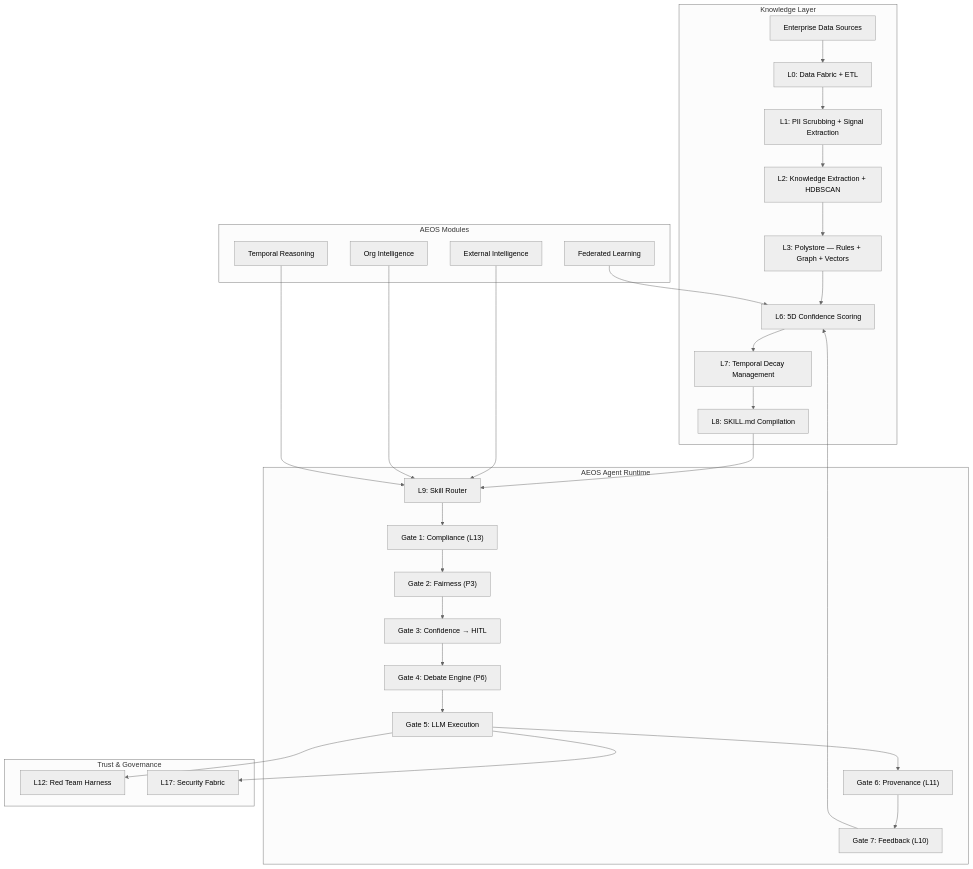
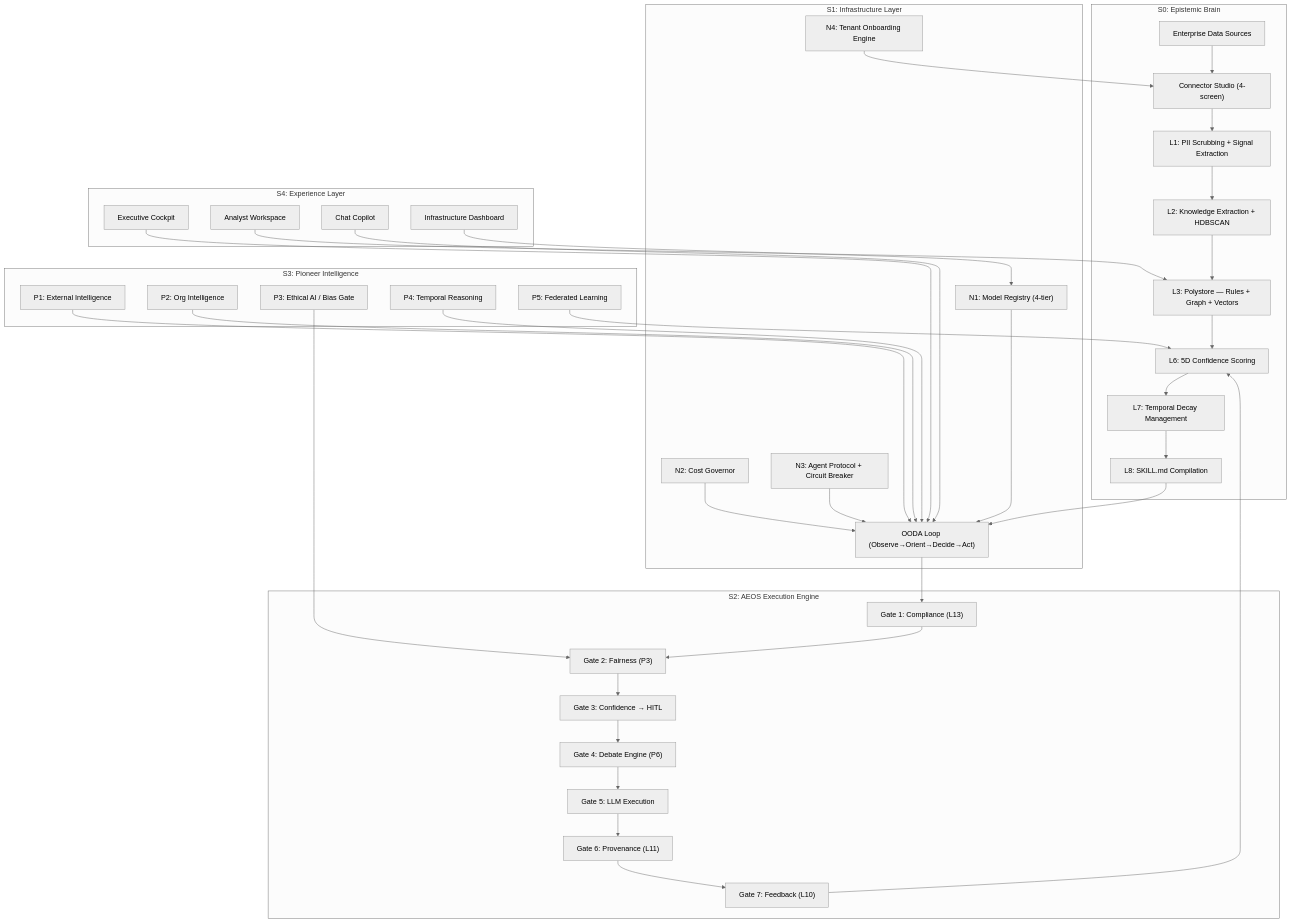
One commit to Daksh-Aneja/Knowtique changed the diagram in README.md. Above: the diagram before and after it, drawn with Mermaid (neutral theme). The commit also changed other lines of this file and 32 other files, not shown here.

````diff
--- a/README.md
+++ b/README.md
@@ -145,36 +147,46 @@
 ```mermaid
 graph TD
-    subgraph "Knowledge Layer"
-        A[Enterprise Data Sources] --> B[L0: Data Fabric + ETL]
+    subgraph "S0: Epistemic Brain"
+        A[Enterprise Data Sources] --> B["Connector Studio (4-screen)"]
         B --> C[L1: PII Scrubbing + Signal Extraction]
         C --> D[L2: Knowledge Extraction + HDBSCAN]
         D --> E[L3: Polystore — Rules + Graph + Vectors]
         E --> F[L6: 5D Confidence Scoring]
         F --> G[L7: Temporal Decay Management]
         G --> H[L8: SKILL.md Compilation]
     end
 
-    subgraph "AEOS Agent Runtime"
-        H --> I[L9: Skill Router]
+    subgraph "S1: Infrastructure Layer"
+        N1["N1: Model Registry (4-tier)"] --> I
+        N2["N2: Cost Governor"] --> I
+        N3["N3: Agent Protocol + Circuit Breaker"] --> I
+        N4["N4: Tenant Onboarding Engine"] --> B
+    end
+
+    subgraph "S2: AEOS Execution Engine"
+        H --> I["OODA Loop (Observe→Orient→Decide→Act)"]
         I --> J["Gate 1: Compliance (L13)"]
         J --> K["Gate 2: Fairness (P3)"]
         K --> L["Gate 3: Confidence → HITL"]
         L --> M["Gate 4: Debate Engine (P6)"]
         M --> N["Gate 5: LLM Execution"]
         N --> O["Gate 6: Provenance (L11)"]
         O --> P["Gate 7: Feedback (L10)"]
         P --> F
     end
 
-    subgraph "AEOS Modules"
-        Q[External Intelligence] --> I
-        R[Org Intelligence] --> I
-        S[Temporal Reasoning] --> I
-        T[Federated Learning] --> F
+    subgraph "S3: Pioneer Intelligence"
+        Q[P1: External Intelligence] --> I
+        R[P2: Org Intelligence] --> I
+        S[P3: Ethical AI / Bias Gate] --> K
+        T[P4: Temporal Reasoning] --> I
+        U[P5: Federated Learning] --> F
     end
 
-    subgraph "Trust & Governance"
-        N --> U[L12: Red Team Harness]
-        N --> V[L17: Security Fabric]
+    subgraph "S4: Experience Layer"
+        V[Executive Cockpit] --> I
+        W[Analyst Workspace] --> E
+        X[Chat Copilot] --> I
+        Y[Infrastructure Dashboard] --> N1
     end
 ```
````
